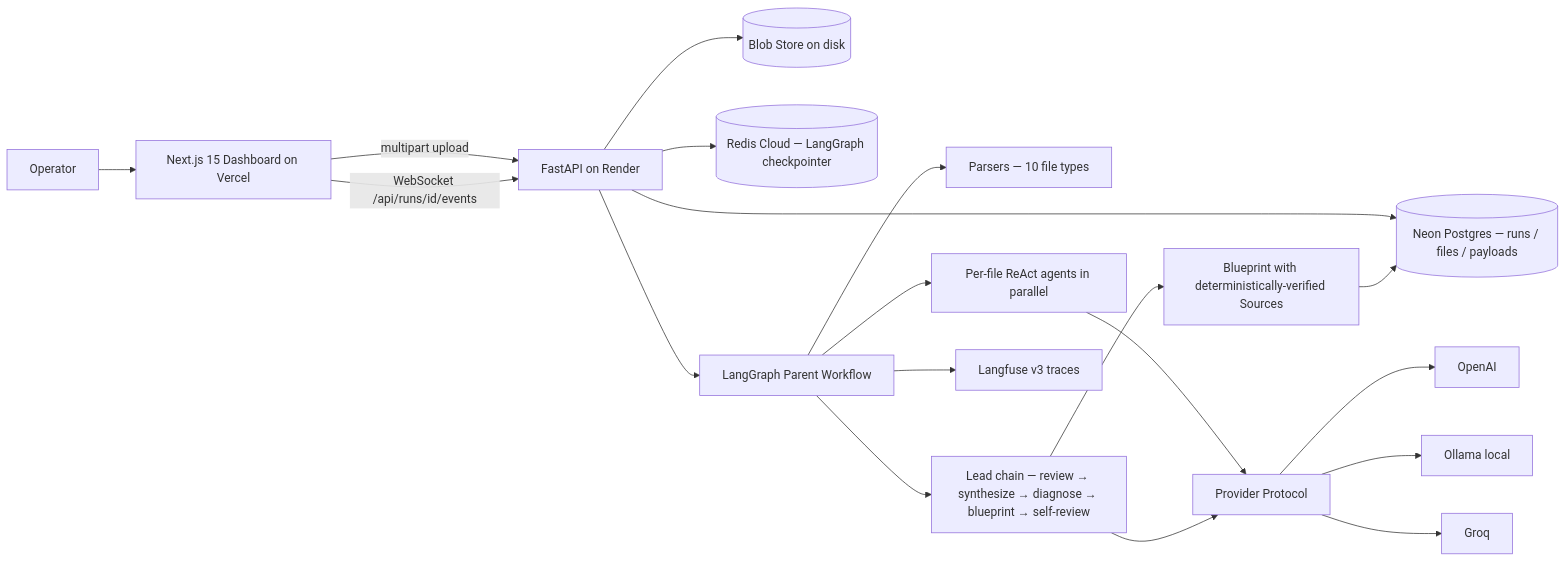
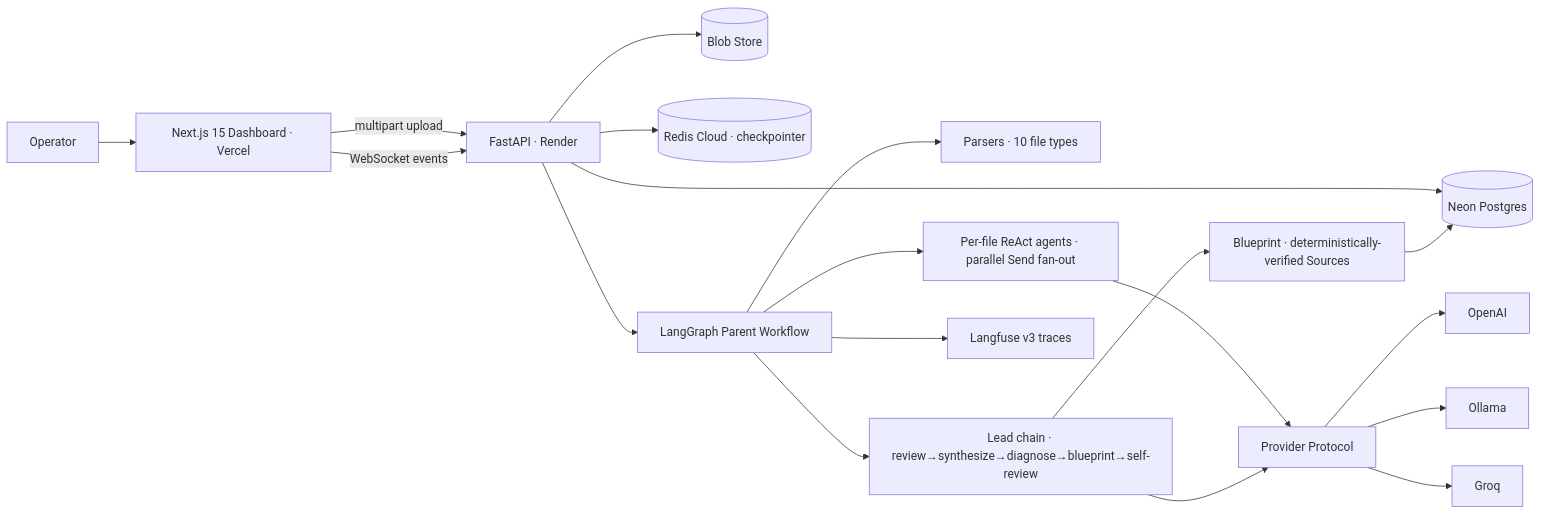
The first of 2 diagrams in README.md (KushalRegmi61/ops_diagnostic_agent), drawn with Mermaid before and after one commit. The commit also changed other lines of this file, not shown here.

````diff
--- a/README.md
+++ b/README.md
@@ -42,21 +43,19 @@
 ```mermaid
 flowchart LR
-  USER[Operator] --> UI[Next.js 15 Dashboard on Vercel]
-  UI -->|multipart upload| API[FastAPI on Render]
-  UI -->|WebSocket /api/runs/id/events| API
-  API --> BLOB[(Blob Store on disk)]
-  API --> SQL[(Neon Postgres — runs / files / payloads)]
-  API --> CKPT[(Redis Cloud — LangGraph checkpointer)]
+  USER[Operator] --> UI[Next.js 15 Dashboard · Vercel]
+  UI -->|multipart upload| API[FastAPI · Render]
+  UI -->|WebSocket events| API
+  API --> BLOB[(Blob Store)]
+  API --> SQL[(Neon Postgres)]
+  API --> CKPT[(Redis Cloud · checkpointer)]
   API --> LG[LangGraph Parent Workflow]
-  LG --> PARSE[Parsers — 10 file types]
-  LG --> PFA[Per-file ReAct agents in parallel]
-  LG --> LEAD[Lead chain — review → synthesize → diagnose → blueprint → self-review]
+  LG --> PARSE[Parsers · 10 file types]
+  LG --> PFA[Per-file ReAct agents · parallel Send fan-out]
+  LG --> LEAD[Lead chain · review→synthesize→diagnose→blueprint→self-review]
   PFA --> LLM[Provider Protocol]
   LEAD --> LLM
-  LLM --> OPENAI[OpenAI]
-  LLM --> OLLAMA[Ollama local]
-  LLM --> GROQ[Groq]
+  LLM --> OPENAI[OpenAI] & OLLAMA[Ollama] & GROQ[Groq]
   LG --> OBS[Langfuse v3 traces]
-  LEAD --> BP[Blueprint with deterministically-verified Sources]
+  LEAD --> BP[Blueprint · deterministically-verified Sources]
   BP --> SQL
 ```
````
